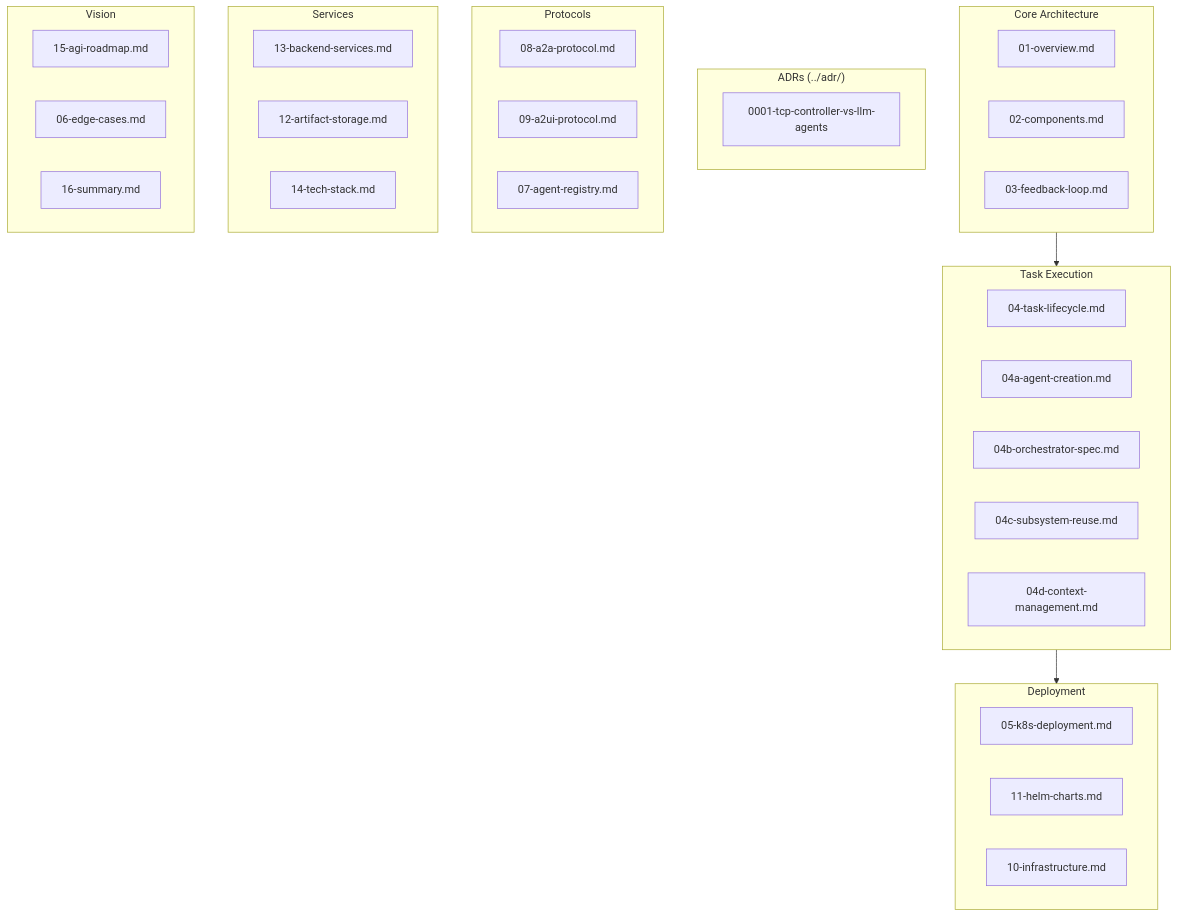
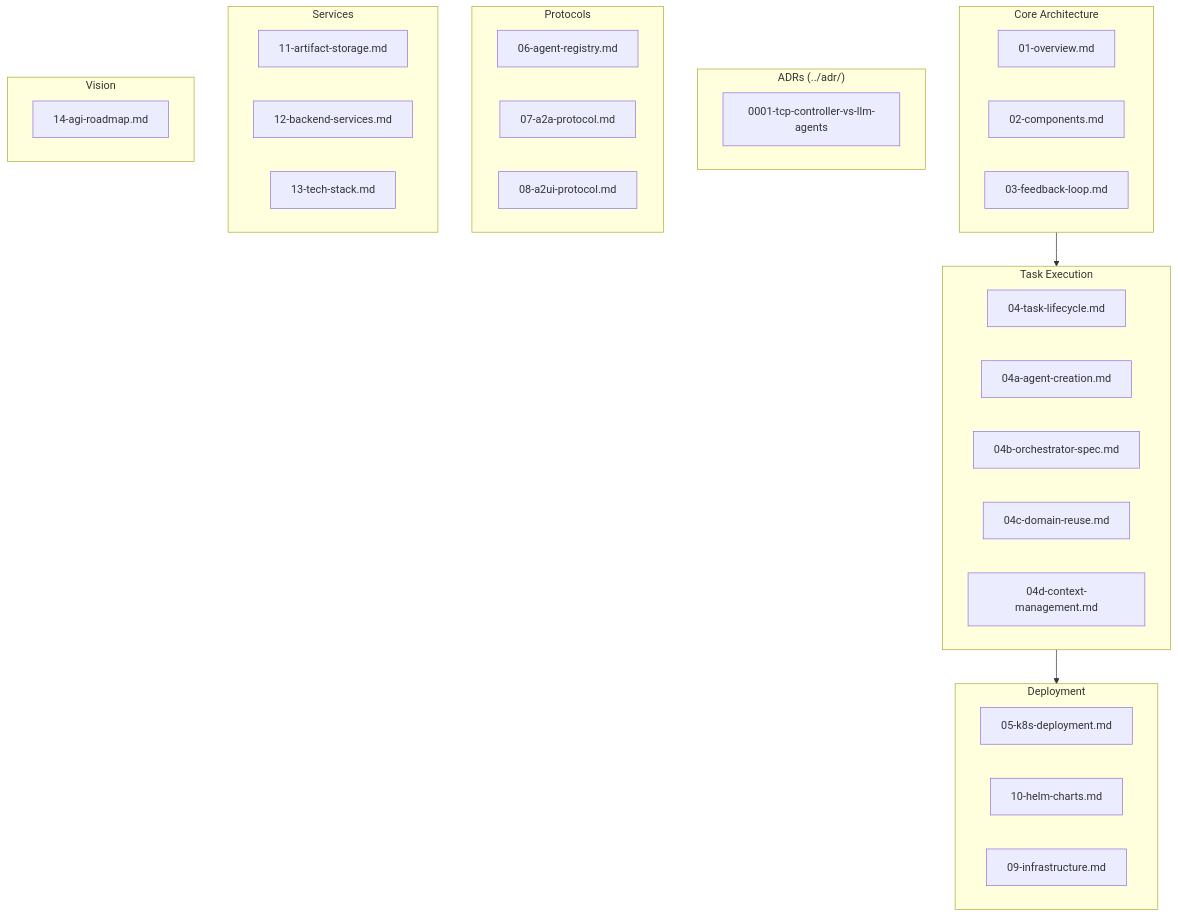
Before and after one commit to dshcherbatiuk/forgemaster: the diagram in docs/arch/README.md, drawn with Mermaid. The commit also changed other lines of this file and 21 other files, not shown here.

First line of the commit message:
feat: CSM-101 refactor architecture docs and remove implementation code

````diff
--- a/docs/arch/README.md
+++ b/docs/arch/README.md
@@ -9,47 +9,45 @@
 ```mermaid
 flowchart TB
     subgraph Core["Core Architecture"]
         OV[01-overview.md]
         COMP[02-components.md]
         FB[03-feedback-loop.md]
     end
 
     subgraph TaskExec["Task Execution"]
         TL[04-task-lifecycle.md]
         AC[04a-agent-creation.md]
         OS[04b-orchestrator-spec.md]
-        SR[04c-subsystem-reuse.md]
+        SR[04c-domain-reuse.md]
         CM[04d-context-management.md]
     end
 
     subgraph ADR["ADRs (../adr/)"]
         DD[0001-tcp-controller-vs-llm-agents]
     end
 
     subgraph Deployment["Deployment"]
         K8S[05-k8s-deployment.md]
-        HELM[11-helm-charts.md]
-        INFRA[10-infrastructure.md]
+        HELM[10-helm-charts.md]
+        INFRA[09-infrastructure.md]
     end
 
     subgraph Protocols["Protocols"]
-        A2A[08-a2a-protocol.md]
-        A2UI[09-a2ui-protocol.md]
-        REG[07-agent-registry.md]
+        REG[06-agent-registry.md]
+        A2A[07-a2a-protocol.md]
+        A2UI[08-a2ui-protocol.md]
     end
 
     subgraph Services["Services"]
-        RUST[13-backend-services.md]
-        STORE[12-artifact-storage.md]
-        TECH[14-tech-stack.md]
+        STORE[11-artifact-storage.md]
+        RUST[12-backend-services.md]
+        TECH[13-tech-stack.md]
     end
 
     subgraph Future["Vision"]
-        AGI[15-agi-roadmap.md]
-        EDGE[06-edge-cases.md]
-        SUM[16-summary.md]
+        AGI[14-agi-roadmap.md]
     end
 
     Core --> TaskExec
     TaskExec --> Deployment
 ```
````
